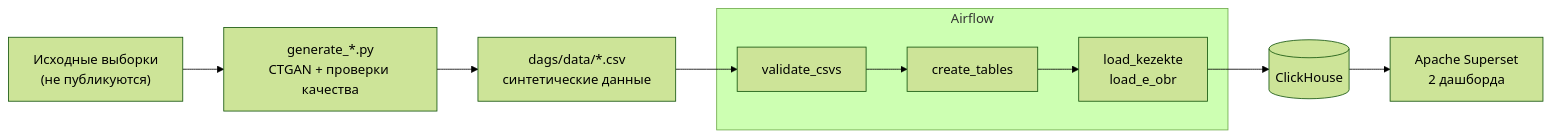
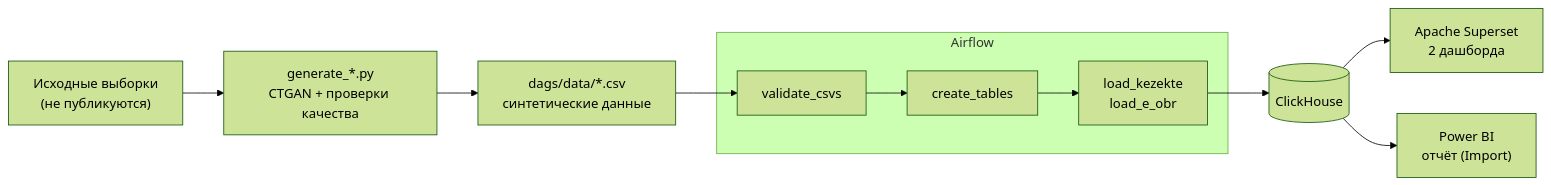
Before and after one commit to DanikDaraboz/Qezekte: the diagram in README.md, drawn with Mermaid (forest theme). The commit also changed other lines of this file and 4 other files, not shown here.

````diff
--- a/README.md
+++ b/README.md
@@ -60,11 +118,12 @@
 ```mermaid
 flowchart LR
     A["Исходные выборки<br/>(не публикуются)"] --> B["generate_*.py<br/>CTGAN + проверки качества"]
     B --> C["dags/data/*.csv<br/>синтетические данные"]
     subgraph Airflow
         D["validate_csvs"] --> E["create_tables"] --> F["load_kezekte<br/>load_e_obr"]
     end
     C --> D
     F --> G[("ClickHouse")]
     G --> H["Apache Superset<br/>2 дашборда"]
+    G --> I["Power BI<br/>отчёт (Import)"]
 ```
````
